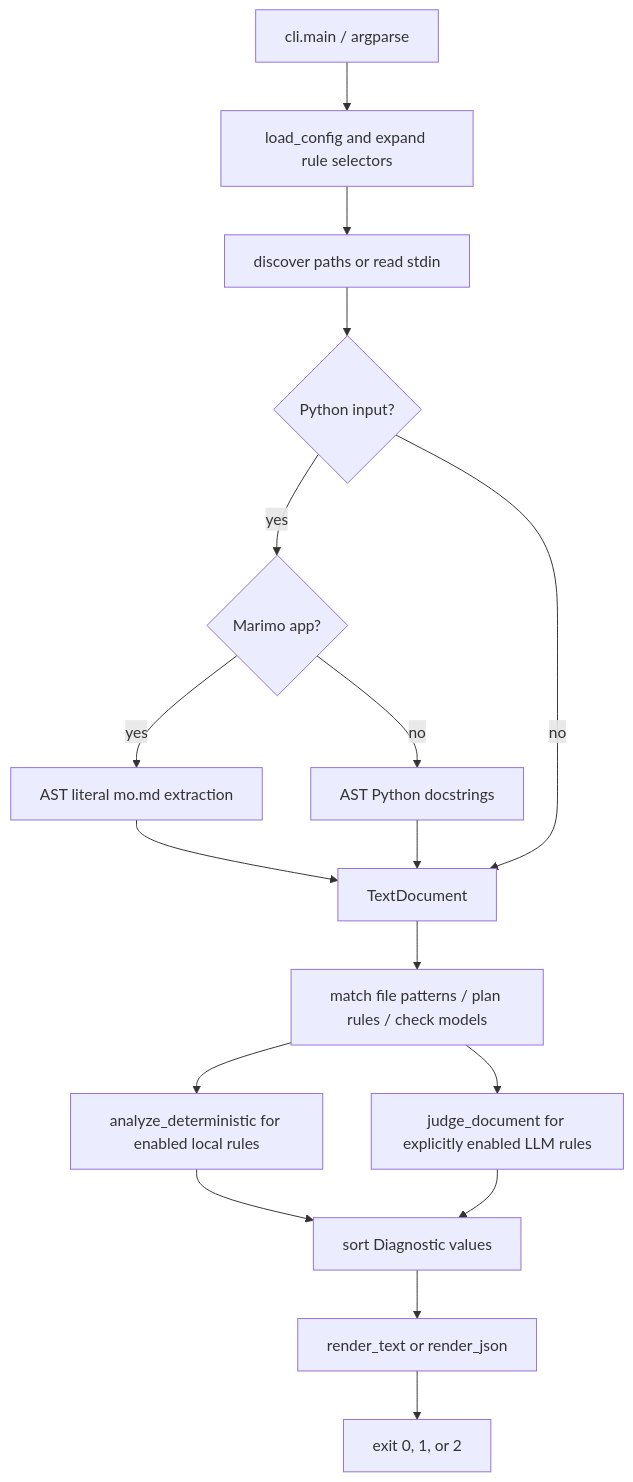
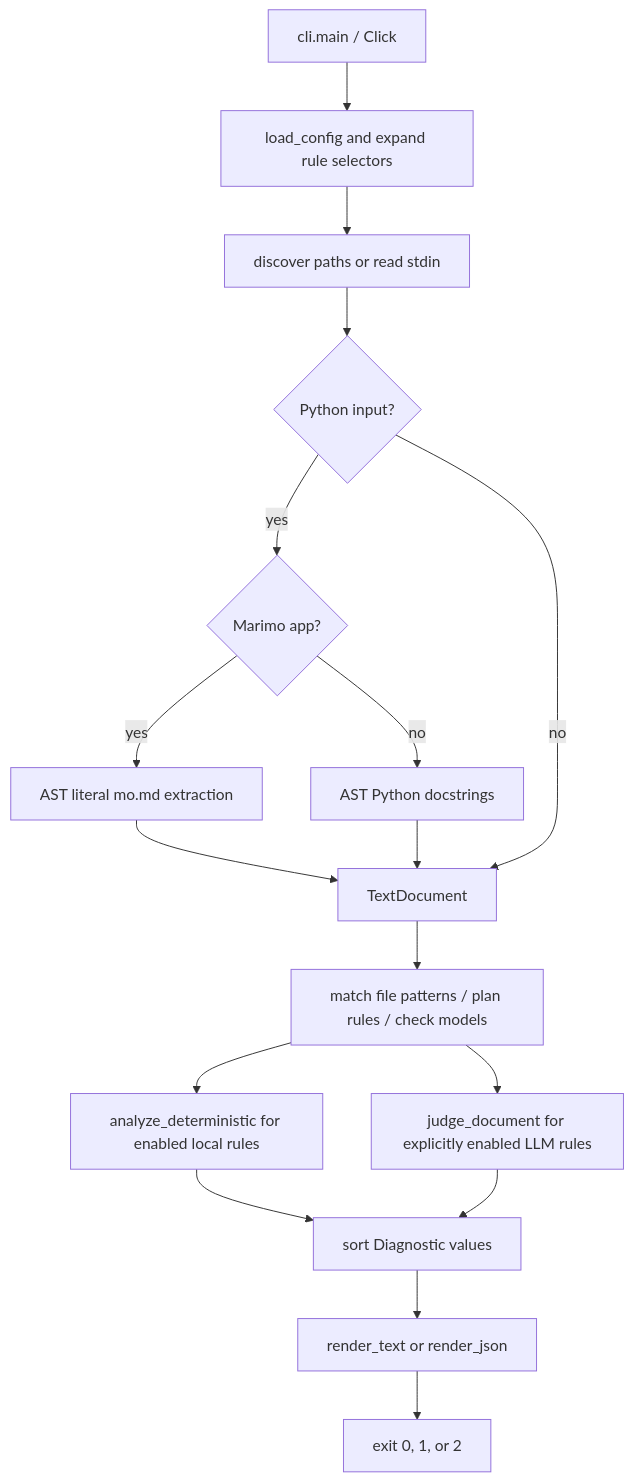
One commit to FausticSun/style-audit changed the diagram in docs/architecture.md. Above: the diagram before and after it, drawn with Mermaid. The commit also changed other lines of this file and 4 other files, not shown here.

````diff
--- a/docs/architecture.md
+++ b/docs/architecture.md
@@ -5,19 +5,19 @@
 ```mermaid
 flowchart TD
-    A[cli.main / argparse] --> B[load_config and expand rule selectors]
+    A[cli.main / Click] --> B[load_config and expand rule selectors]
     B --> C[discover paths or read stdin]
     C --> P{Python input?}
     P -->|yes| Q{Marimo app?}
     Q -->|yes| M[AST literal mo.md extraction]
     Q -->|no| R[AST Python docstrings]
     M --> D[TextDocument]
     R --> D
     P -->|no| D
     D --> S[match file patterns / plan rules / check models]
     S --> E[analyze_deterministic for enabled local rules]
     S --> F[judge_document for explicitly enabled LLM rules]
     E --> G[sort Diagnostic values]
     F --> G
     G --> H[render_text or render_json]
     H --> I[exit 0, 1, or 2]
 ```
````
